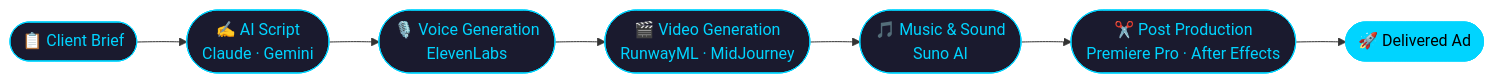
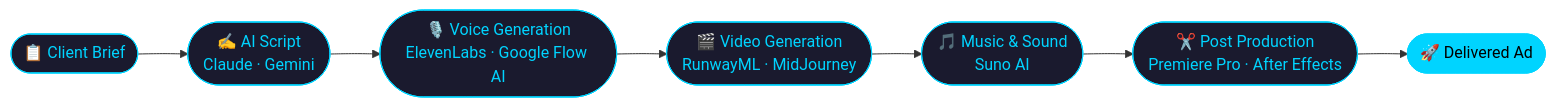
Before and after one commit to RaviParmar1710/RaviParmar1710: the first of 2 diagrams in README.md, drawn with Mermaid. The commit also changed other lines of this file, not shown here.

````diff
--- a/README.md
+++ b/README.md
@@ -58,17 +58,17 @@
 ```mermaid
 flowchart LR
     A([📋 Client Brief]) --> B([✍️ AI Script\nClaude · Gemini])
-    B --> C([🎙️ Voice Generation\nElevenLabs])
+    B --> C([🎙️ Voice Generation\nElevenLabs · Google Flow AI])
     C --> D([🎬 Video Generation\nRunwayML · MidJourney])
     D --> E([🎵 Music & Sound\nSuno AI])
     E --> F([✂️ Post Production\nPremiere Pro · After Effects])
     F --> G([🚀 Delivered Ad])
 
     style A fill:#1a1a2e,color:#00d4ff,stroke:#00d4ff
     style B fill:#1a1a2e,color:#00d4ff,stroke:#00d4ff
     style C fill:#1a1a2e,color:#00d4ff,stroke:#00d4ff
     style D fill:#1a1a2e,color:#00d4ff,stroke:#00d4ff
     style E fill:#1a1a2e,color:#00d4ff,stroke:#00d4ff
     style F fill:#1a1a2e,color:#00d4ff,stroke:#00d4ff
     style G fill:#00d4ff,color:#000000,stroke:#00d4ff
 ```
````
